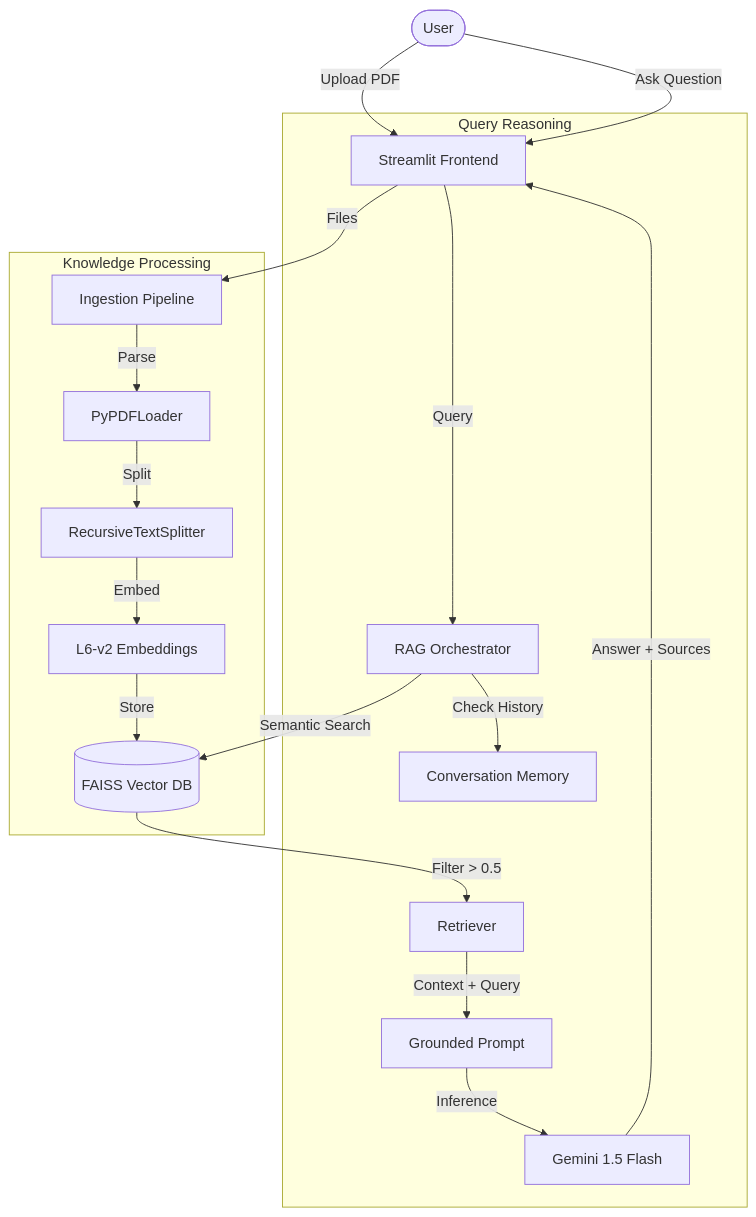
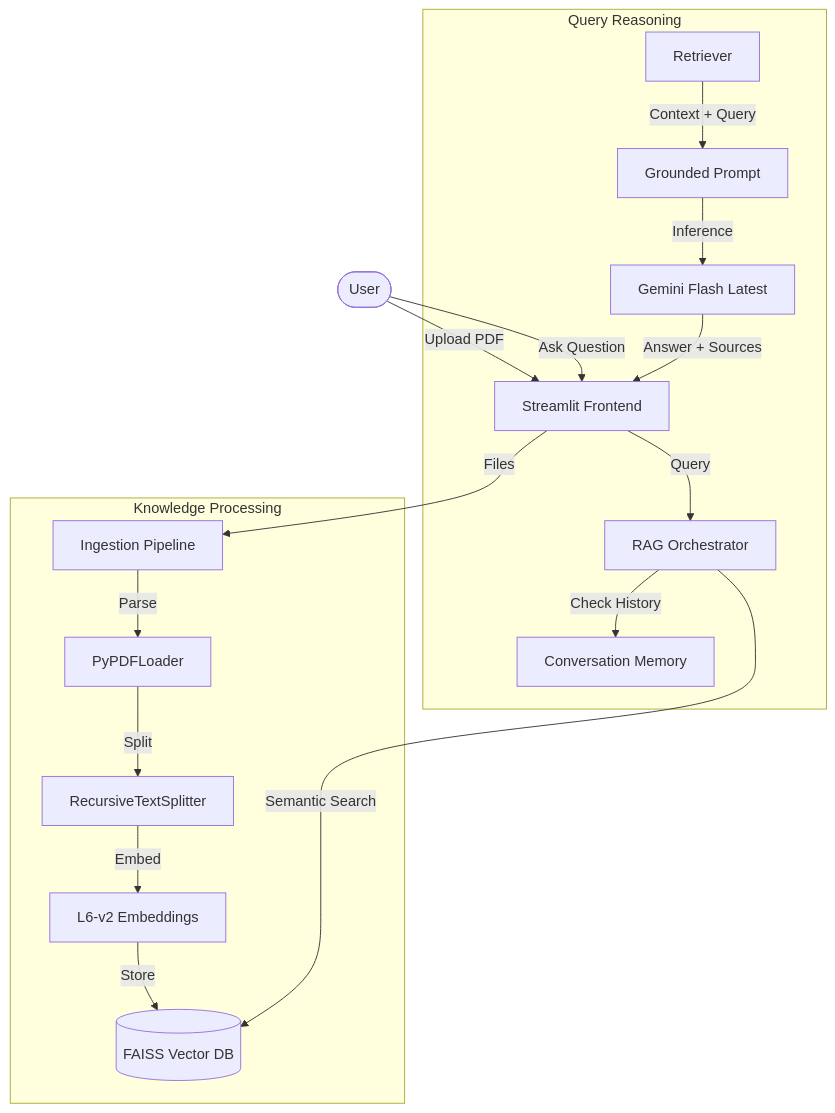
One commit to Bibhavcodeverse/LLM-Powered-AI-Prototype-Chat-with-PDFs changed the diagram in README.md. Above: the diagram before and after it, drawn with Mermaid. The commit also changed other lines of this file, not shown here.

````diff
--- a/README.md
+++ b/README.md
@@ -42,24 +42,23 @@
 ```mermaid
 graph TD
     User([User]) -->|Upload PDF| UI[Streamlit Frontend]
     UI -->|Files| Ingest[Ingestion Pipeline]
     
     subgraph "Knowledge Processing"
     Ingest -->|Parse| Loader[PyPDFLoader]
     Loader -->|Split| Splitter[RecursiveTextSplitter]
     Splitter -->|Embed| Embedder[L6-v2 Embeddings]
     Embedder -->|Store| FAISS[(FAISS Vector DB)]
     end
     
     User -->|Ask Question| UI
     UI -->|Query| Chain[RAG Orchestrator]
     
     subgraph "Query Reasoning"
     Chain -->|Check History| Memory[Conversation Memory]
     Chain -->|Semantic Search| FAISS
-    FAISS -->|Filter > 0.5| Retriever[Retriever]
     Retriever -->|Context + Query| Prompt[Grounded Prompt]
-    Prompt -->|Inference| LLM[Gemini 1.5 Flash]
+    Prompt -->|Inference| LLM[Gemini Flash Latest]
     LLM -->|Answer + Sources| UI
     end
 ```
````
